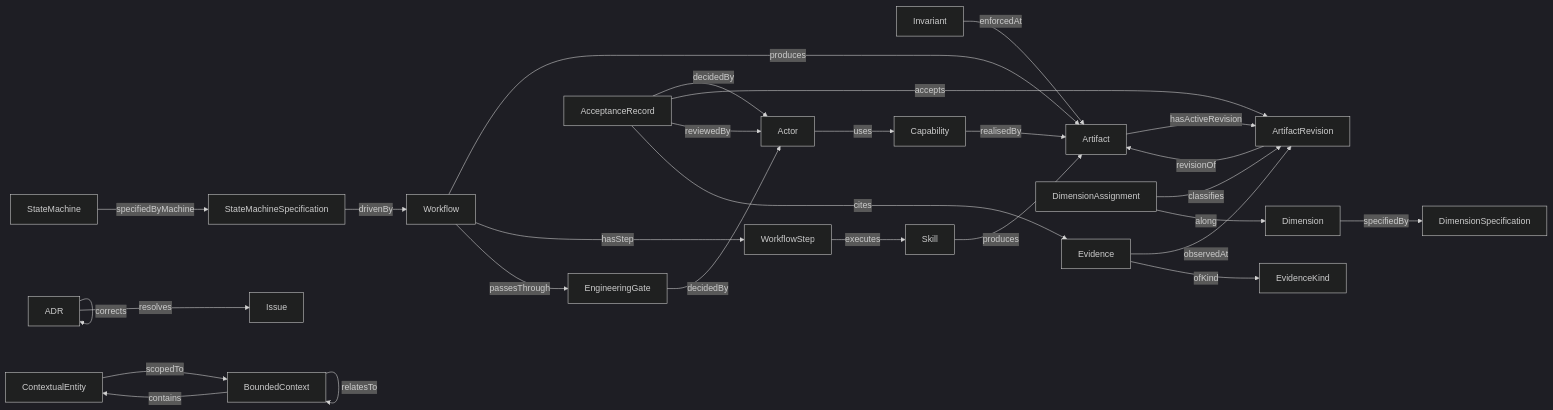
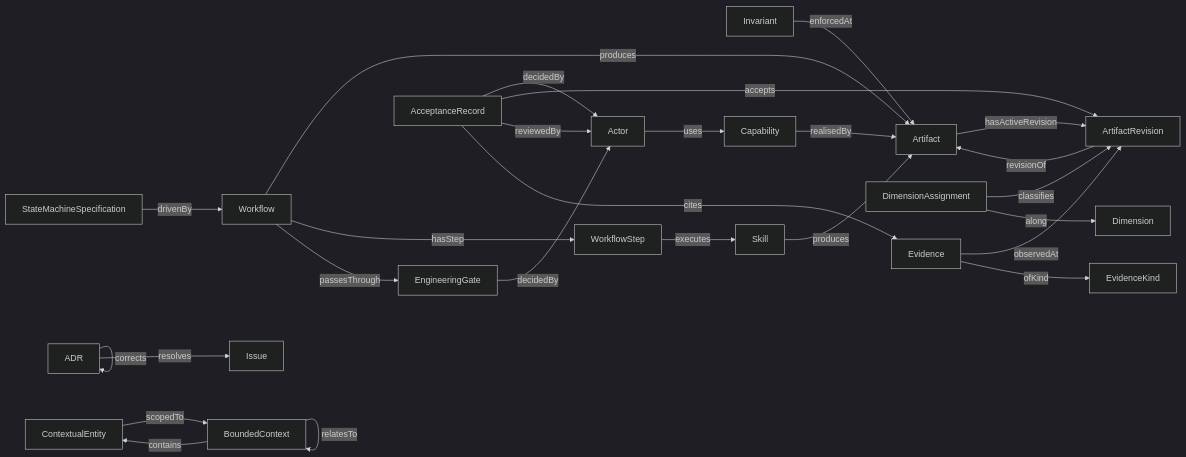
One commit to gpasquero/engineering-os changed the diagram in model/metamodel/views/03-relationship-graph.md. Above: the diagram before and after it, drawn with Mermaid (dark theme). The commit also changed other lines of this file and 40 other files, not shown here.

````diff
--- a/model/metamodel/views/03-relationship-graph.md
+++ b/model/metamodel/views/03-relationship-graph.md
@@ -10,52 +10,48 @@
 ```mermaid
 graph LR
   ContextualEntity[ContextualEntity]
   BoundedContext[BoundedContext]
   ContextualEntity -->|scopedTo| BoundedContext
   BoundedContext -->|contains| ContextualEntity
   BoundedContext -->|relatesTo| BoundedContext
   Invariant[Invariant]
   Artifact[Artifact]
   Invariant -->|enforcedAt| Artifact
   Capability[Capability]
   Capability -->|realisedBy| Artifact
   Actor[Actor]
   Actor -->|uses| Capability
   Evidence[Evidence]
   ArtifactRevision[ArtifactRevision]
   Evidence -->|observedAt| ArtifactRevision
   EvidenceKind[EvidenceKind]
   Evidence -->|ofKind| EvidenceKind
   ArtifactRevision -->|revisionOf| Artifact
   Artifact -->|hasActiveRevision| ArtifactRevision
-  Dimension[Dimension]
-  DimensionSpecification[DimensionSpecification]
-  Dimension -->|specifiedBy| DimensionSpecification
   DimensionAssignment[DimensionAssignment]
   DimensionAssignment -->|classifies| ArtifactRevision
+  Dimension[Dimension]
   DimensionAssignment -->|along| Dimension
   Skill[Skill]
   Skill -->|produces| Artifact
   Workflow[Workflow]
   Workflow -->|produces| Artifact
   WorkflowStep[WorkflowStep]
   Workflow -->|hasStep| WorkflowStep
   WorkflowStep -->|executes| Skill
   EngineeringGate[EngineeringGate]
   Workflow -->|passesThrough| EngineeringGate
   EngineeringGate -->|decidedBy| Actor
   AcceptanceRecord[AcceptanceRecord]
   AcceptanceRecord -->|decidedBy| Actor
   AcceptanceRecord -->|accepts| ArtifactRevision
   AcceptanceRecord -->|reviewedBy| Actor
   AcceptanceRecord -->|cites| Evidence
   ADR[ADR]
   ADR -->|supersedes| ADR
   ADR -->|corrects| ADR
   Issue[Issue]
   ADR -->|resolves| Issue
-  StateMachine[StateMachine]
   StateMachineSpecification[StateMachineSpecification]
-  StateMachine -->|specifiedByMachine| StateMachineSpecification
   StateMachineSpecification -->|drivenBy| Workflow
 ```
````
